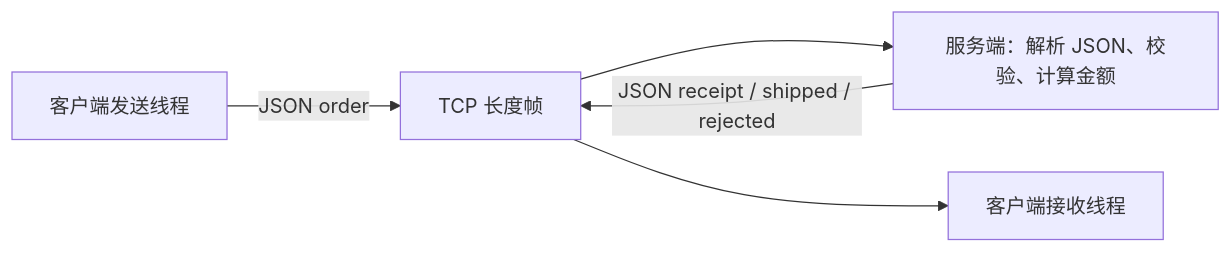
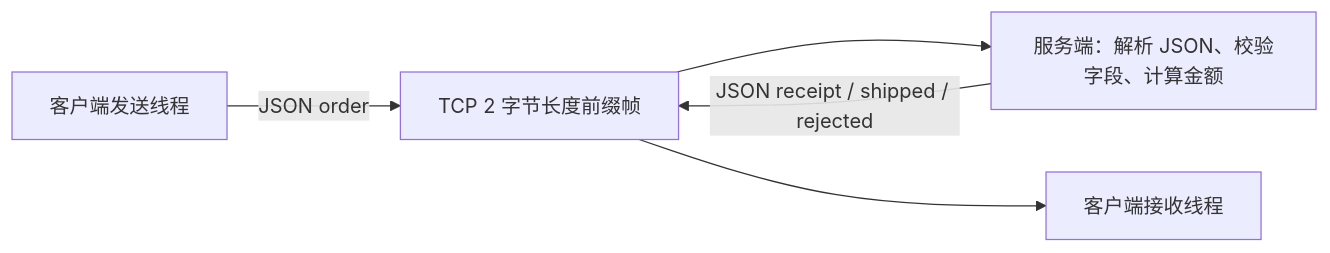
The diagram in docs/TCP_BUSINESS.zh-CN.md (HuangX666/hx_c_platform), drawn with Mermaid before and after one commit. The commit also changed other lines of this file and 135 other files, not shown here.

````diff
--- a/docs/TCP_BUSINESS.zh-CN.md
+++ b/docs/TCP_BUSINESS.zh-CN.md
@@ -48,7 +54,7 @@
 ```mermaid
 flowchart LR
-    TX[客户端发送线程] -->|JSON order| Stream[TCP 长度帧]
-    Stream --> S[服务端：解析 JSON、校验、计算金额]
+    TX[客户端发送线程] -->|JSON order| Stream[TCP 2 字节长度前缀帧]
+    Stream --> S[服务端：解析 JSON、校验字段、计算金额]
     S -->|JSON receipt / shipped / rejected| Stream
     Stream --> RX[客户端接收线程]
 ```
````
